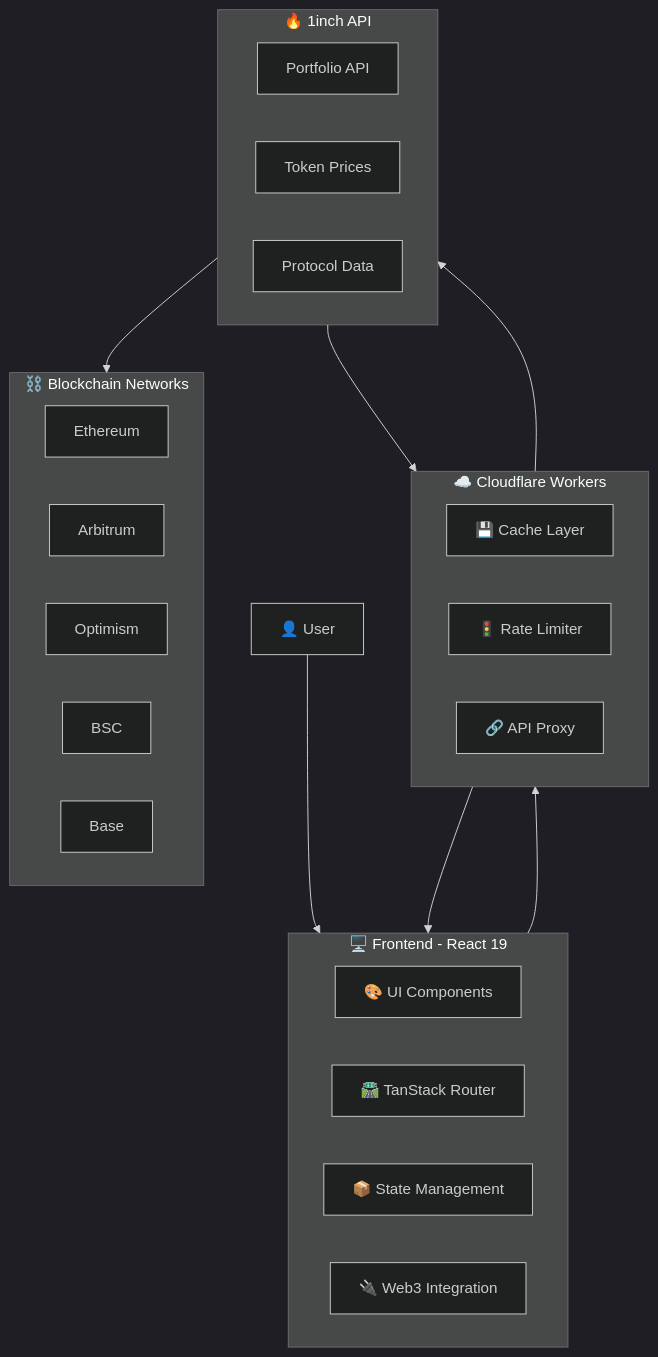
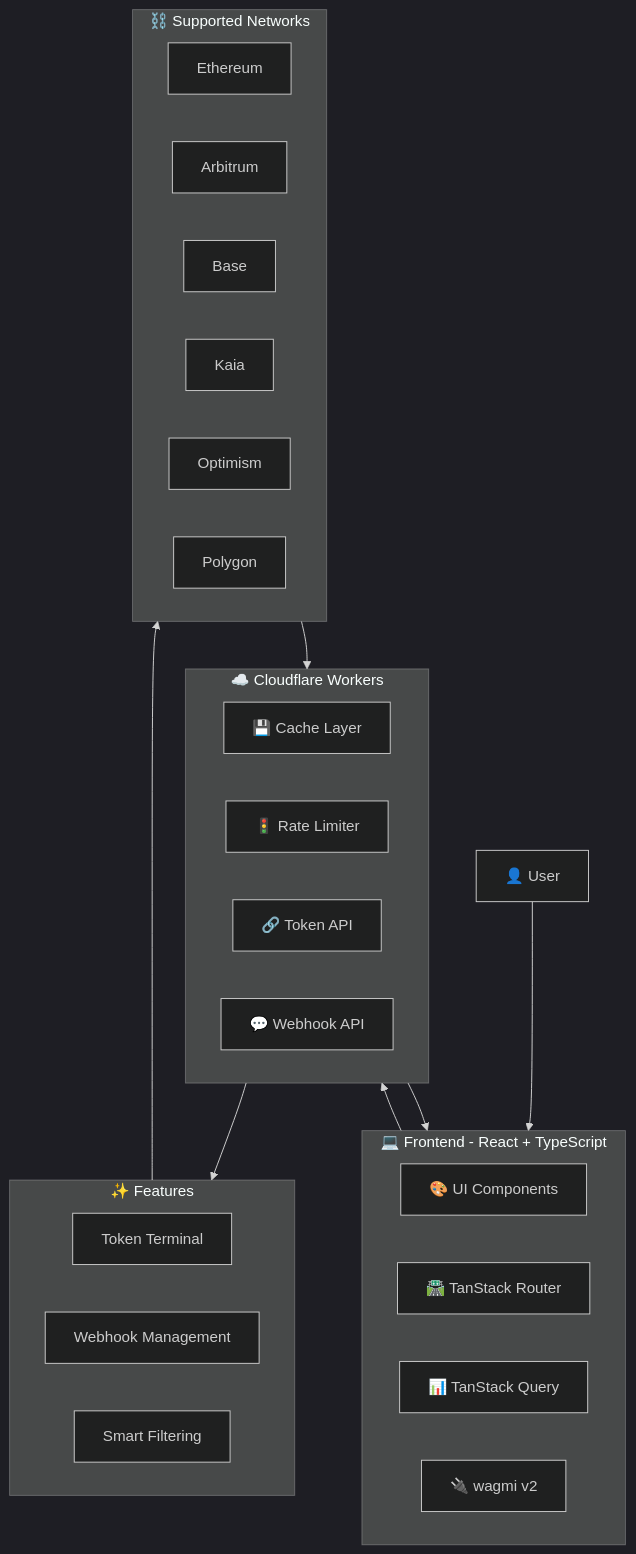
The diagram in README.md (calpa/orbitgo), drawn with Mermaid (dark theme) before and after one commit. The commit also changed other lines of this file and 1 other file, not shown here.

Commit message:
Fix transaction chart loading and update README with new features and architecture

````diff
--- a/README.md
+++ b/README.md
@@ -199,36 +205,38 @@
 ```mermaid
 flowchart TB
-    subgraph Frontend["🖥️ Frontend - React 19"]
+    subgraph Frontend["💻 Frontend - React + TypeScript"]
         UI["🎨 UI Components"]
         Router["🛣️ TanStack Router"]
-        State["📦 State Management"]
-        Web3["🔌 Web3 Integration"]
+        Query["📊 TanStack Query"]
+        Web3["🔌 wagmi v2"]
     end
 
     subgraph Backend["☁️ Cloudflare Workers"]
         Cache["💾 Cache Layer"]
         RateLimit["🚦 Rate Limiter"]
-        Proxy["🔗 API Proxy"]
+        TokenAPI["🔗 Token API"]
+        WebhookAPI["💬 Webhook API"]
     end
 
-    subgraph OneInch["🔥 1inch API"]
-        Portfolio["Portfolio API"]
-        Prices["Token Prices"]
-        Protocols["Protocol Data"]
+    subgraph Features["✨ Features"]
+        Tokens["Token Terminal"]
+        Webhooks["Webhook Management"]
+        Filtering["Smart Filtering"]
     end
 
-    subgraph Blockchain["⛓️ Blockchain Networks"]
+    subgraph Networks["⛓️ Supported Networks"]
         ETH["Ethereum"]
         ARB["Arbitrum"]
+        BASE["Base"]
+        KAIA["Kaia"]
         OP["Optimism"]
-        BSC["BSC"]
-        BASE["Base"]
+        POLY["Polygon"]
     end
 
     User["👤 User"] --> Frontend
     Frontend --> Backend
-    Backend --> OneInch
-    OneInch --> Blockchain
-    OneInch --> Backend
+    Backend --> Features
+    Features --> Networks
+    Networks --> Backend
     Backend --> Frontend
 ```
````
